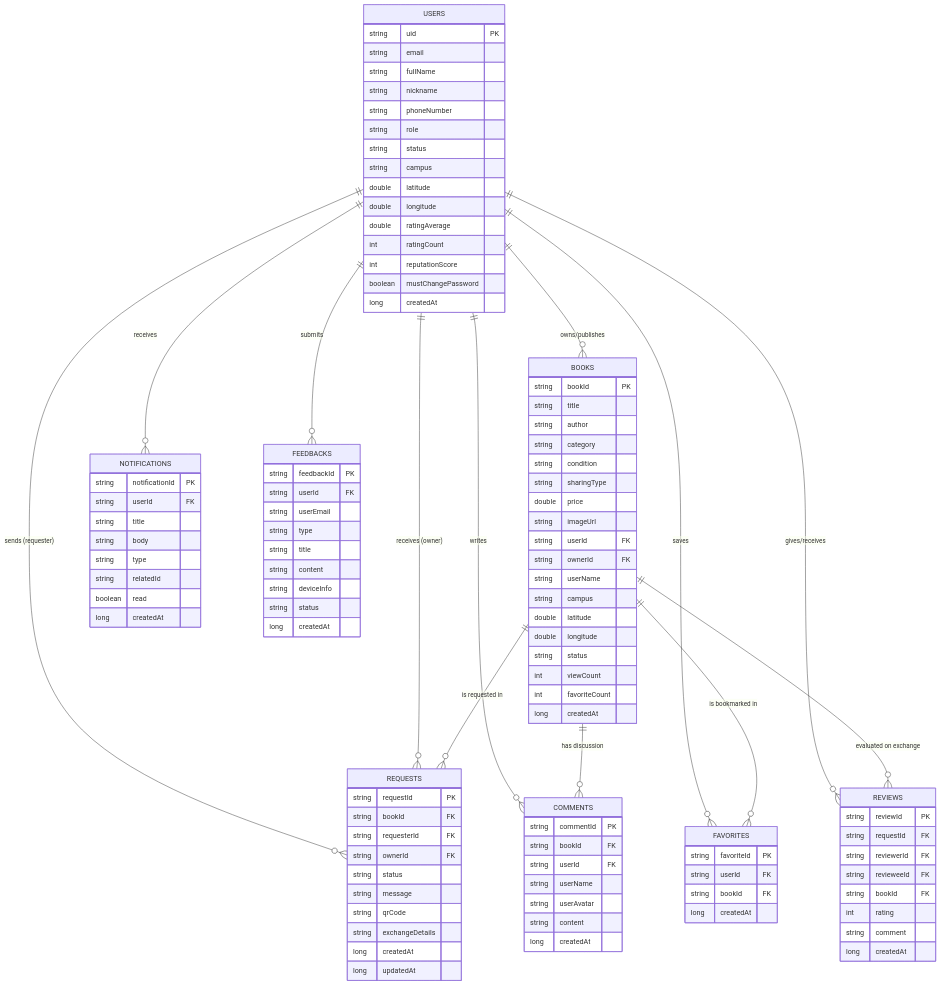
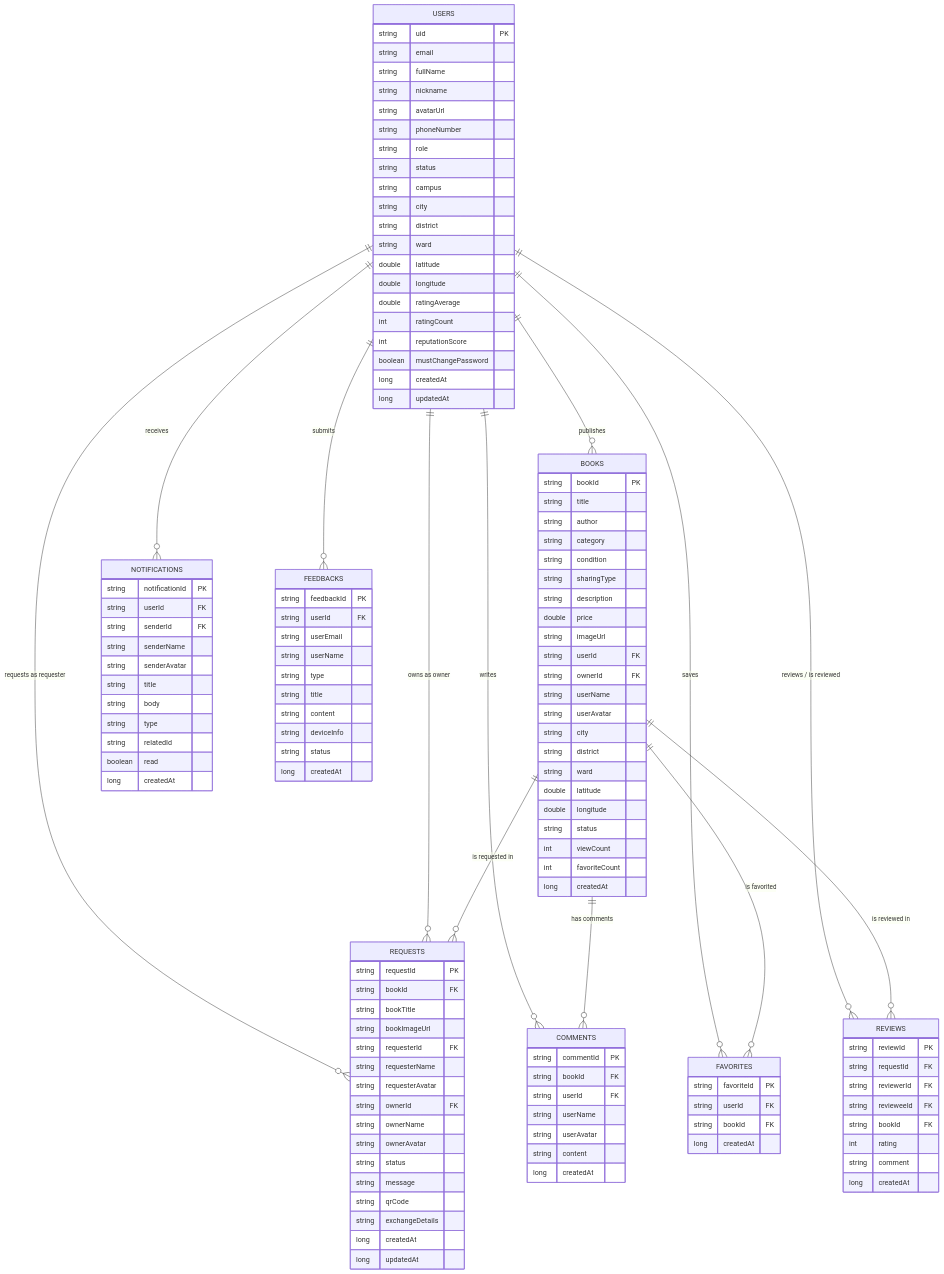
The second of 2 diagrams in Project/docs/erd/erd-and-architecture.md (rtmiue20/Mobile-Application-Development), drawn with Mermaid before and after one commit. The commit also changed other lines of this file, not shown here.

Commit message:
Cập nhật sơ đồ kiến trúc và ERD dựa trên hệ thống thực tế của BookShare, đồng bộ với package, room database, repository và Firestore collections trong repo.

````diff
--- a/Project/docs/erd/erd-and-architecture.md
+++ b/Project/docs/erd/erd-and-architecture.md
@@ -71,28 +151,32 @@
 ```mermaid
 erDiagram
-    USERS ||--o{ BOOKS : "owns/publishes"
-    USERS ||--o{ REQUESTS : "sends (requester)"
-    USERS ||--o{ REQUESTS : "receives (owner)"
+    USERS ||--o{ BOOKS : "publishes"
+    USERS ||--o{ REQUESTS : "requests as requester"
+    USERS ||--o{ REQUESTS : "owns as owner"
     USERS ||--o{ COMMENTS : "writes"
     USERS ||--o{ FAVORITES : "saves"
     USERS ||--o{ NOTIFICATIONS : "receives"
-    USERS ||--o{ REVIEWS : "gives/receives"
+    USERS ||--o{ REVIEWS : "reviews / is reviewed"
     USERS ||--o{ FEEDBACKS : "submits"
 
     BOOKS ||--o{ REQUESTS : "is requested in"
-    BOOKS ||--o{ COMMENTS : "has discussion"
-    BOOKS ||--o{ FAVORITES : "is bookmarked in"
-    BOOKS ||--o{ REVIEWS : "evaluated on exchange"
+    BOOKS ||--o{ COMMENTS : "has comments"
+    BOOKS ||--o{ FAVORITES : "is favorited"
+    BOOKS ||--o{ REVIEWS : "is reviewed in"
 
     USERS {
         string uid PK
         string email
         string fullName
         string nickname
+        string avatarUrl
         string phoneNumber
         string role
         string status
         string campus
+        string city
+        string district
+        string ward
         double latitude
         double longitude
         double ratingAverage
@@ -100,6 +184,7 @@
         int reputationScore
         boolean mustChangePassword
         long createdAt
+        long updatedAt
     }
 
     BOOKS {
@@ -109,12 +194,16 @@
         string category
         string condition
         string sharingType
+        string description
         double price
         string imageUrl
         string userId FK
         string ownerId FK
         string userName
-        string campus
+        string userAvatar
+        string city
+        string district
+        string ward
         double latitude
         double longitude
         string status
@@ -126,8 +215,14 @@
     REQUESTS {
         string requestId PK
         string bookId FK
+        string bookTitle
+        string bookImageUrl
         string requesterId FK
+        string requesterName
+        string requesterAvatar
         string ownerId FK
+        string ownerName
+        string ownerAvatar
         string status
         string message
         string qrCode
@@ -156,6 +251,9 @@
     NOTIFICATIONS {
         string notificationId PK
         string userId FK
+        string senderId FK
+        string senderName
+        string senderAvatar
         string title
         string body
         string type
@@ -179,6 +277,7 @@
         string feedbackId PK
         string userId FK
         string userEmail
+        string userName
         string type
         string title
         string content
````
